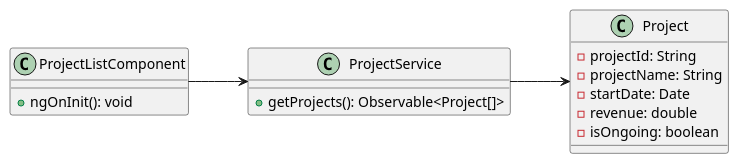
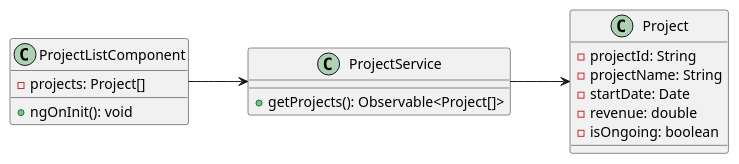
One commit to haturusinghe/project-dashboard-angular changed the second of 5 diagrams in diagrams/updated-diagrams.md. Above: the diagram before and after it, drawn with PlantUML. The commit also changed 3 other files, not shown here.

````diff
--- a/diagrams/updated-diagrams.md
+++ b/diagrams/updated-diagrams.md
@@ -35,32 +35,33 @@
 ```plantuml
 @startuml
 left to right direction
 
 class ProjectService{
     +getProjects(): Observable<Project[]>
 }
 
 class Project{
     -projectId: String
     -projectName: String
     -startDate: Date
     -revenue: double
     -isOngoing: boolean
 }
 
 class ProjectListComponent{
+    -projects: Project[]
     +ngOnInit(): void
 }
 
 
 
 
 ProjectListComponent --> ProjectService
 ProjectService --> Project
 
 
 
 @enduml
 
 
 ```
````
